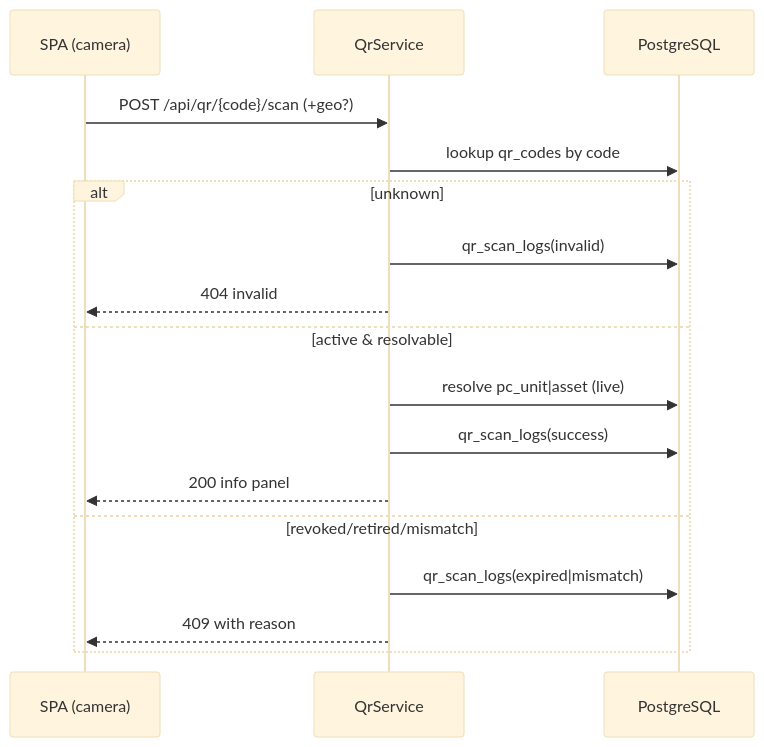
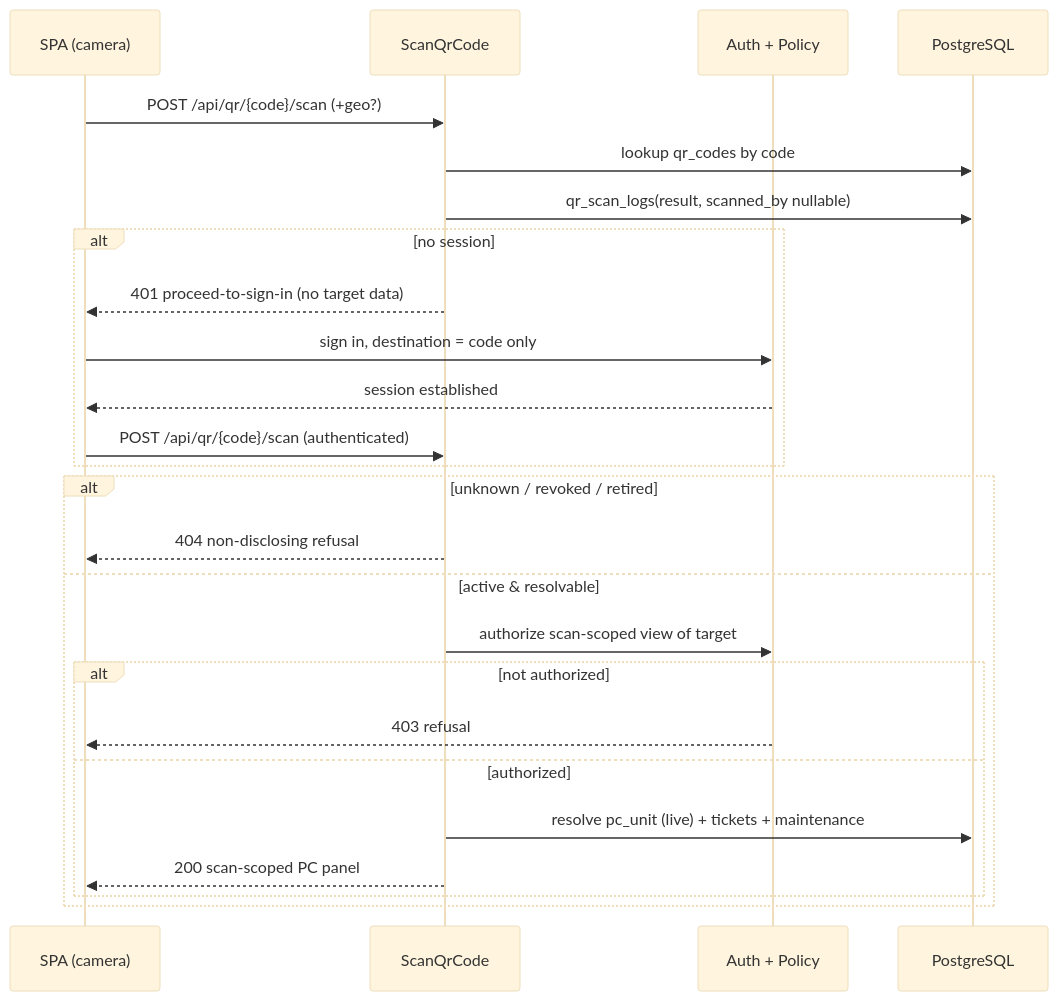
The diagram in docs/diagrams/source/sdd-04-qr-scan-verification.mmd (im-Scrat/SccITTicketSys), drawn with Mermaid (base theme) before and after one commit. The commit also changed 17 other files, not shown here.

```diff
--- a/docs/diagrams/source/sdd-04-qr-scan-verification.mmd
+++ b/docs/diagrams/source/sdd-04-qr-scan-verification.mmd
@@ -1,17 +1,25 @@
 sequenceDiagram
   participant B as SPA (camera)
-  participant L as QrService
+  participant L as ScanQrCode
+  participant A as Auth + Policy
   participant DB as PostgreSQL
   B->>L: POST /api/qr/{code}/scan (+geo?)
   L->>DB: lookup qr_codes by code
-  alt unknown
-    L->>DB: qr_scan_logs(invalid)
-    L-->>B: 404 invalid
+  L->>DB: qr_scan_logs(result, scanned_by nullable)
+  alt no session
+    L-->>B: 401 proceed-to-sign-in (no target data)
+    B->>A: sign in, destination = code only
+    A-->>B: session established
+    B->>L: POST /api/qr/{code}/scan (authenticated)
+  end
+  alt unknown / revoked / retired
+    L-->>B: 404 non-disclosing refusal
   else active & resolvable
-    L->>DB: resolve pc_unit|asset (live)
-    L->>DB: qr_scan_logs(success)
-    L-->>B: 200 info panel
-  else revoked/retired/mismatch
-    L->>DB: qr_scan_logs(expired|mismatch)
-    L-->>B: 409 with reason
+    L->>A: authorize scan-scoped view of target
+    alt not authorized
+      A-->>B: 403 refusal
+    else authorized
+      L->>DB: resolve pc_unit (live) + tickets + maintenance
+      L-->>B: 200 scan-scoped PC panel
+    end
   end
```
